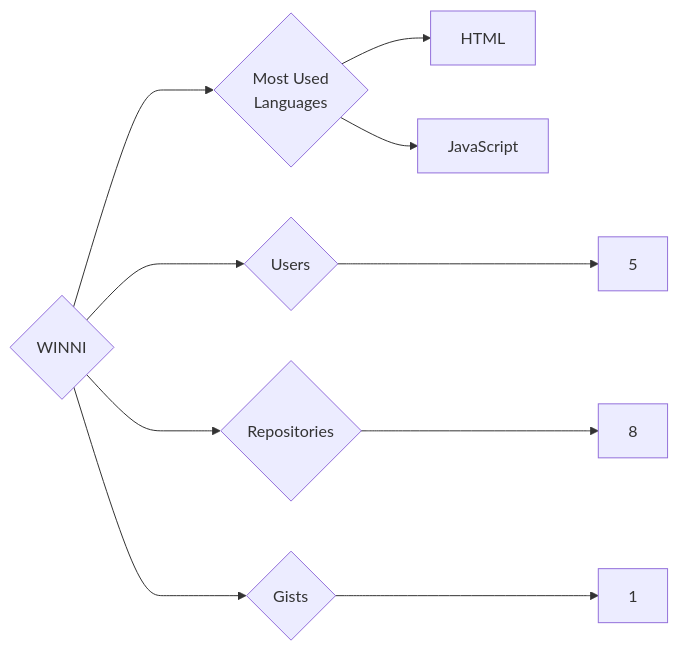
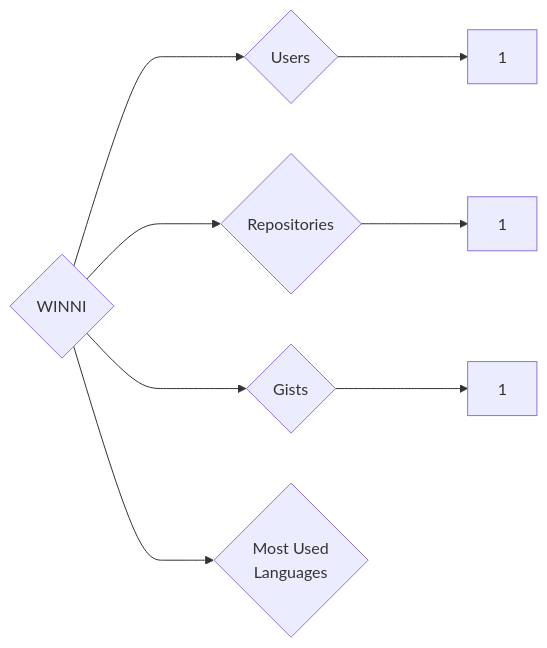
The diagram in targets/WINNI/README.md (trickest/insiders), drawn with Mermaid before and after one commit. The commit also changed 677 other files, not shown here.

````diff
--- a/targets/WINNI/README.md
+++ b/targets/WINNI/README.md
@@ -3,10 +3,8 @@
 ```mermaid
 graph LR
 COMPANY_NAME{WINNI}
-COMPANY_NAME ---> U{Users} ---> UN[5]
-COMPANY_NAME ---> R{Repositories} ---> RN[8]
+COMPANY_NAME ---> U{Users} ---> UN[1]
+COMPANY_NAME ---> R{Repositories} ---> RN[1]
 COMPANY_NAME ---> G{Gists} ---> GN[1]
 COMPANY_NAME ---> ML{Most Used<br>Languages}
-ML --> HTML[HTML]
-ML --> JavaScript[JavaScript]
 ```
````
